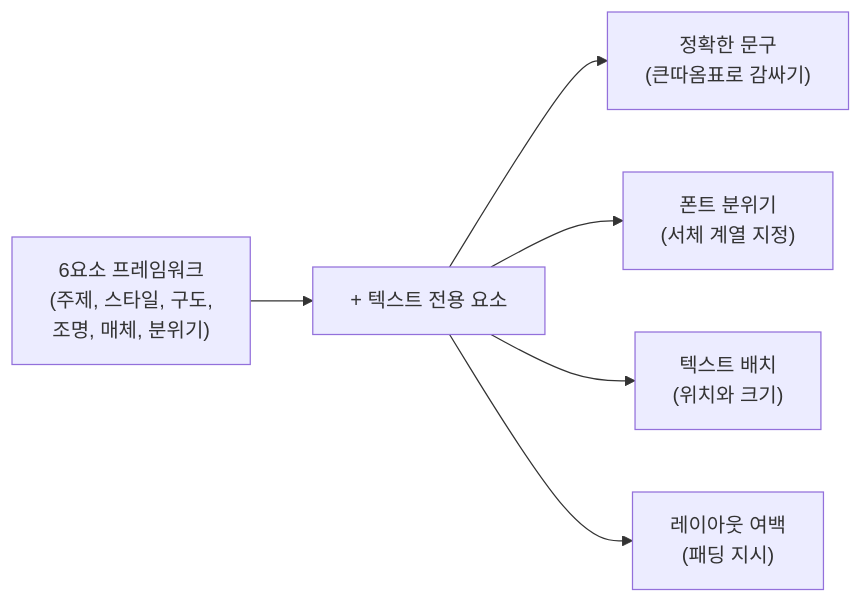
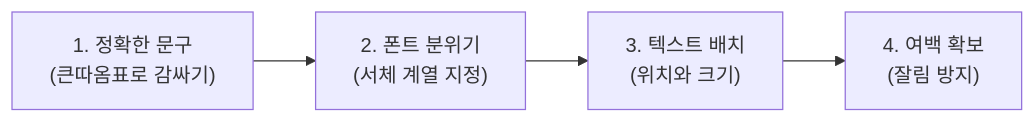
Before and after one commit to jsonpassion/forge-tutorial-promptcanvas: the first of 2 diagrams in 03-ch3-chatgpt-이미지-생성-실전/03-03-텍스트-렌더링과-타이포그래피-이미지.md, drawn with Mermaid. The commit also changed other lines of this file and 63 other files, not shown here.

````diff
--- a/03-ch3-chatgpt-이미지-생성-실전/03-03-텍스트-렌더링과-타이포그래피-이미지.md
+++ b/03-ch3-chatgpt-이미지-생성-실전/03-03-텍스트-렌더링과-타이포그래피-이미지.md
@@ -63,8 +13,6 @@
 ```mermaid
 flowchart LR
-    A["6요소 프레임워크<br/>(주제, 스타일, 구도,<br/>조명, 매체, 분위기)"] --> B["+ 텍스트 전용 요소"]
-    B --> C["정확한 문구<br/>(큰따옴표로 감싸기)"]
-    B --> D["폰트 분위기<br/>(서체 계열 지정)"]
-    B --> E["텍스트 배치<br/>(위치와 크기)"]
-    B --> F["레이아웃 여백<br/>(패딩 지시)"]
+    A["1. 정확한 문구<br/>(큰따옴표로 감싸기)"] --> B["2. 폰트 분위기<br/>(서체 계열 지정)"]
+    B --> C["3. 텍스트 배치<br/>(위치와 크기)"]
+    C --> D["4. 여백 확보<br/>(잘림 방지)"]
 ```
````
